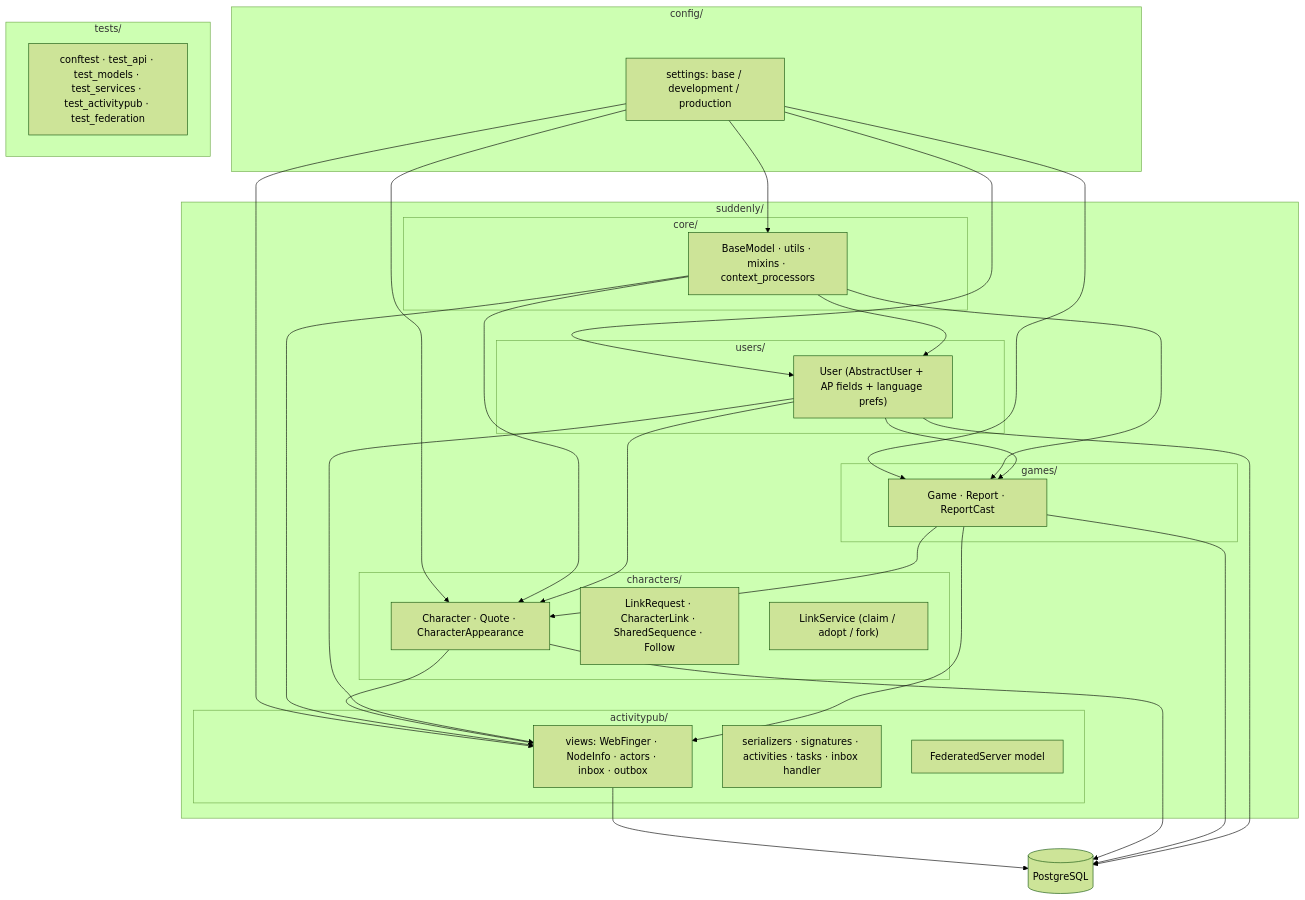
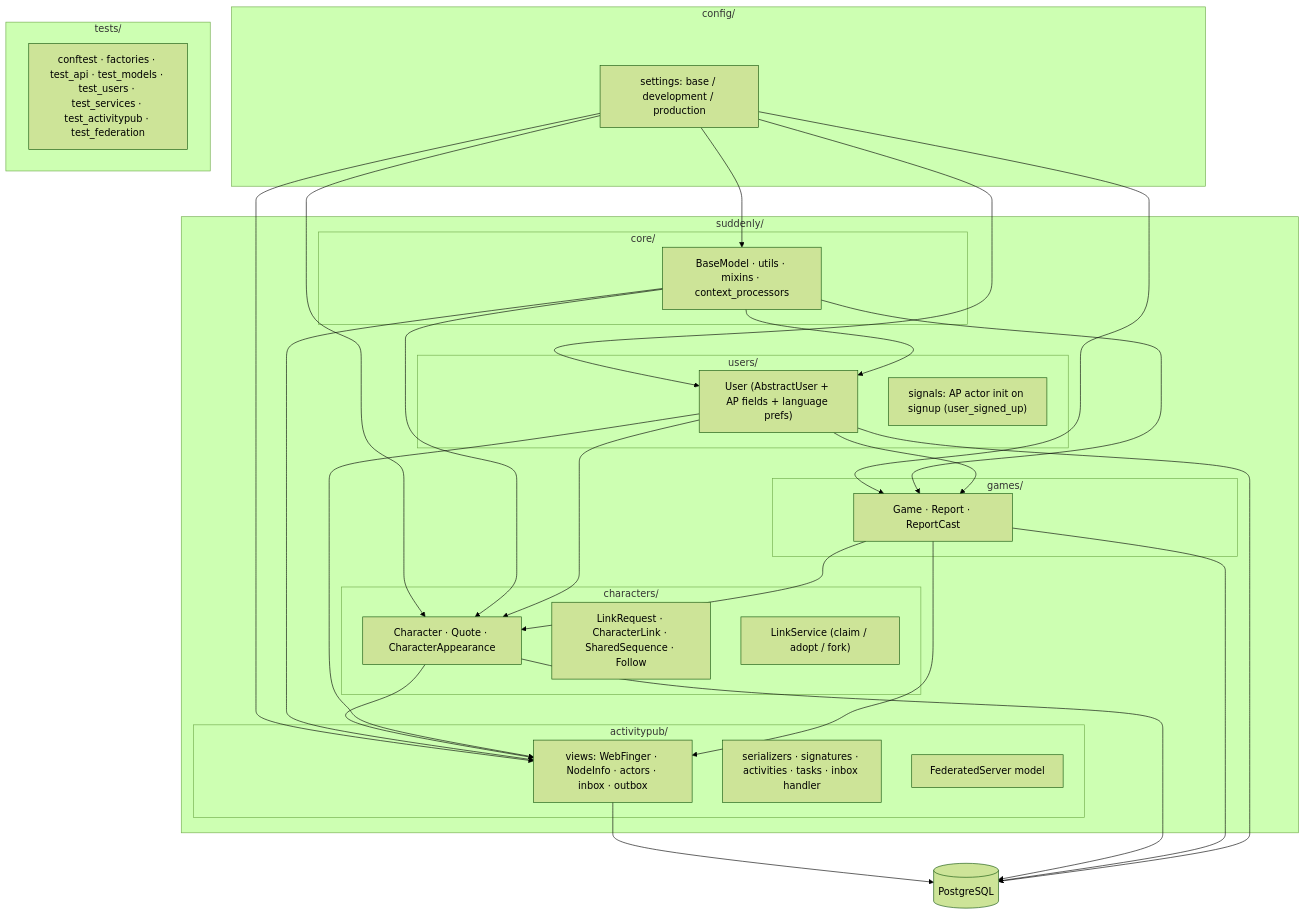
The diagram in aidd_docs/memory/CODEBASE_MAP.md (RebelliousSmile/suddenly), drawn with Mermaid (forest theme) before and after one commit. The commit also changed 1 other file, not shown here.

Commit message:
docs(memory): update codebase map and testing guidelines
Add signals module to users, factories to tests map.
Document Celery eager fixture pattern for tests.

````diff
--- a/aidd_docs/memory/CODEBASE_MAP.md
+++ b/aidd_docs/memory/CODEBASE_MAP.md
@@ -4,55 +4,56 @@
 ```mermaid
 flowchart TD
     subgraph "config/"
         S["settings: base / development / production"]
     end
 
     subgraph "suddenly/"
         subgraph "core/"
             C["BaseModel · utils · mixins · context_processors"]
         end
         subgraph "users/"
             U["User (AbstractUser + AP fields + language prefs)"]
+            US["signals: AP actor init on signup (user_signed_up)"]
         end
         subgraph "games/"
             G["Game · Report · ReportCast"]
         end
         subgraph "characters/"
             CH["Character · Quote · CharacterAppearance"]
             CL["LinkRequest · CharacterLink · SharedSequence · Follow"]
             CS["LinkService (claim / adopt / fork)"]
         end
         subgraph "activitypub/"
             AP["views: WebFinger · NodeInfo · actors · inbox · outbox"]
             APS["serializers · signatures · activities · tasks · inbox handler"]
             APM["FederatedServer model"]
         end
     end
 
     subgraph "tests/"
-        T["conftest · test_api · test_models · test_services · test_activitypub · test_federation"]
+        T["conftest · factories · test_api · test_models · test_users · test_services · test_activitypub · test_federation"]
     end
 
     S --> C
     S --> U
     S --> G
     S --> CH
     S --> AP
 
     C --> U
     C --> G
     C --> CH
     C --> AP
 
     U --> G
     U --> CH
     G --> CH
     CH --> AP
     U --> AP
     G --> AP
 
     AP --> PG[("PostgreSQL")]
     CH --> PG
     G --> PG
     U --> PG
 ```
````
